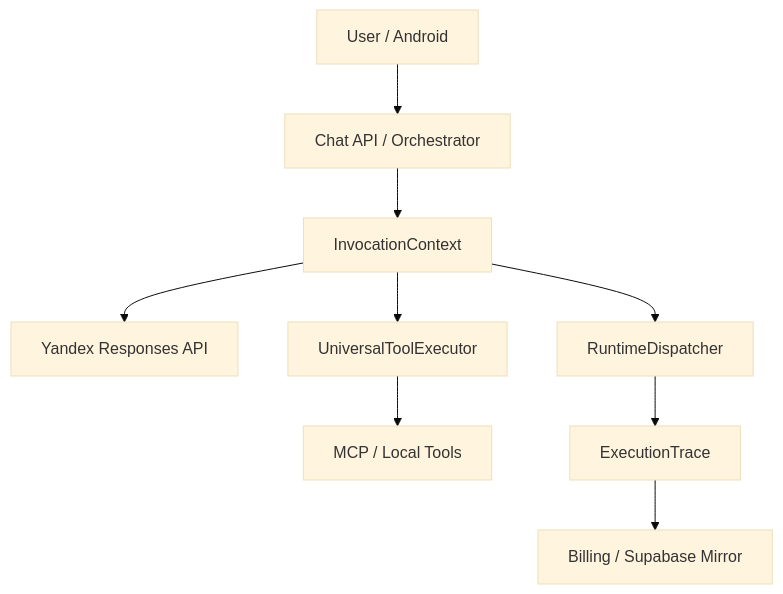
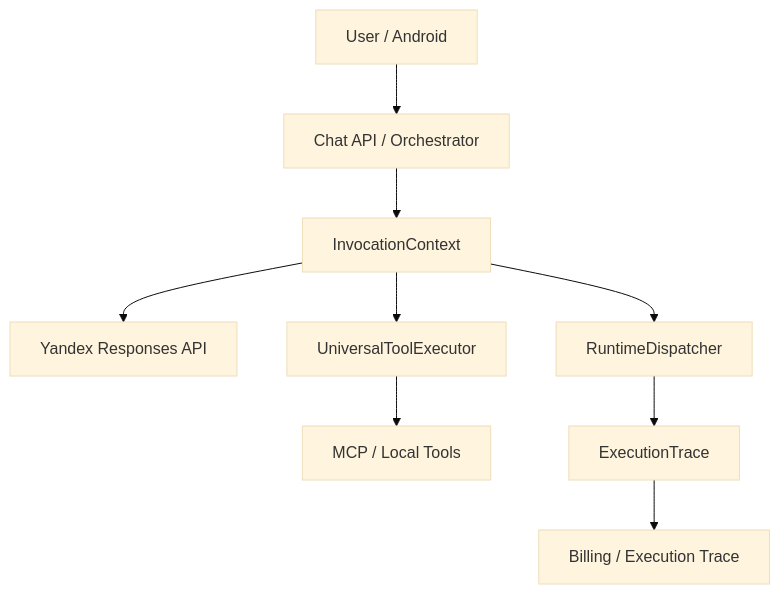
The diagram in README.md (maksimp6/Chat), drawn with Mermaid (base theme) before and after one commit. The commit also changed other lines of this file, not shown here.

Commit message:
docs: remove Supabase references from README.md

````diff
--- a/README.md
+++ b/README.md
@@ -23,11 +23,11 @@
 ```mermaid
 flowchart TD
     U[User / Android] --> O[Chat API / Orchestrator]
     O --> C[InvocationContext]
     C --> Y[Yandex Responses API]
     C --> T[UniversalToolExecutor]
     T --> M[MCP / Local Tools]
     C --> R[RuntimeDispatcher]
     R --> X[ExecutionTrace]
-    X --> B[Billing / Supabase Mirror]
+    X --> B[Billing / Execution Trace]
 ```
````
